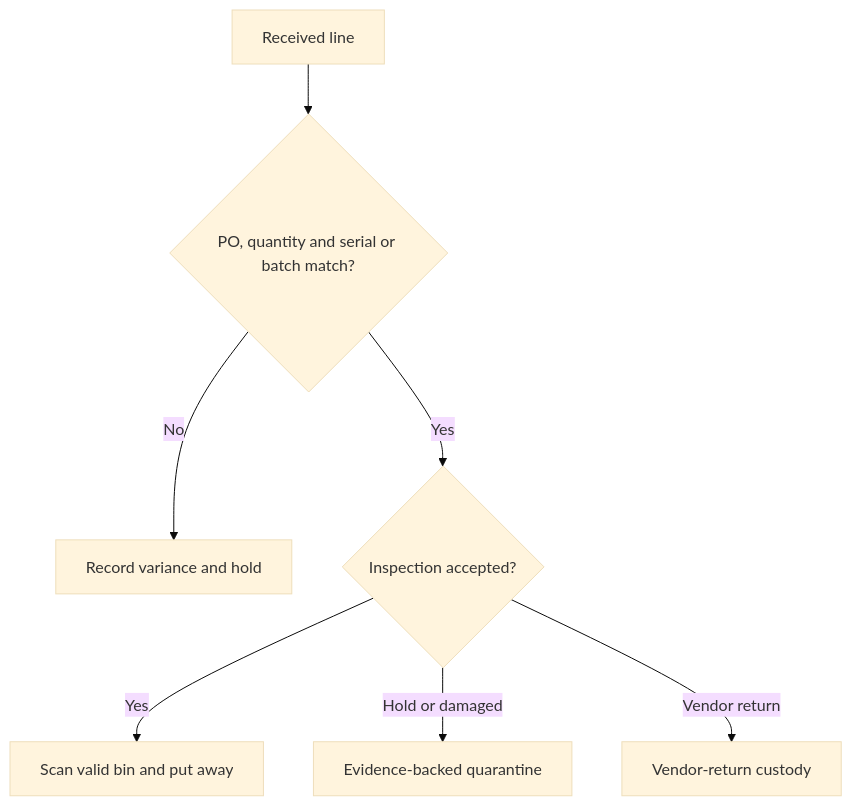
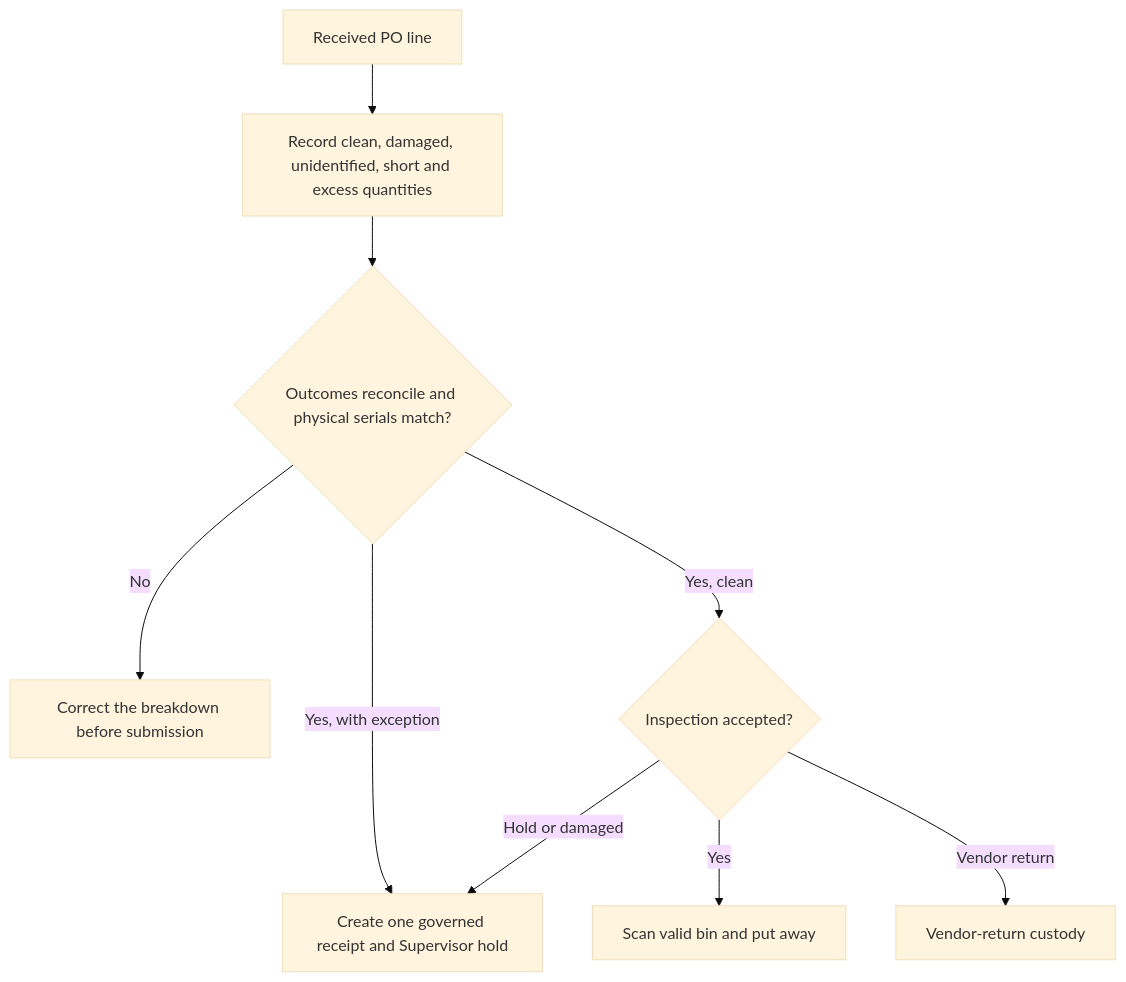
Before and after one commit to normanwashere/mwell-intra: diagram 12 of 27 in docs/manual/MWELL_INTRA_USER_MANUAL.md, drawn with Mermaid (base theme). The commit also changed other lines of this file and 55 other files, not shown here.

````diff
--- a/docs/manual/MWELL_INTRA_USER_MANUAL.md
+++ b/docs/manual/MWELL_INTRA_USER_MANUAL.md
@@ -472,10 +472,12 @@
 ```mermaid
 %% handbook-flow: workflow=receiving-putaway; view=decision; stages=PO|Delivery|Receive|Inspect|Putaway|Available
 flowchart TD
-  R[Received line] --> M{PO, quantity and serial or batch match?}
-  M -->|No| V[Record variance and hold]
-  M -->|Yes| I{Inspection accepted?}
+  R[Received PO line] --> O[Record clean, damaged, unidentified, short and excess quantities]
+  O --> M{Outcomes reconcile and physical serials match?}
+  M -->|No| V[Correct the breakdown before submission]
+  M -->|Yes, with exception| H[Create one governed receipt and Supervisor hold]
+  M -->|Yes, clean| I{Inspection accepted?}
   I -->|Yes| B[Scan valid bin and put away]
-  I -->|Hold or damaged| H[Evidence-backed quarantine]
+  I -->|Hold or damaged| H
   I -->|Vendor return| X[Vendor-return custody]
 ```
````
